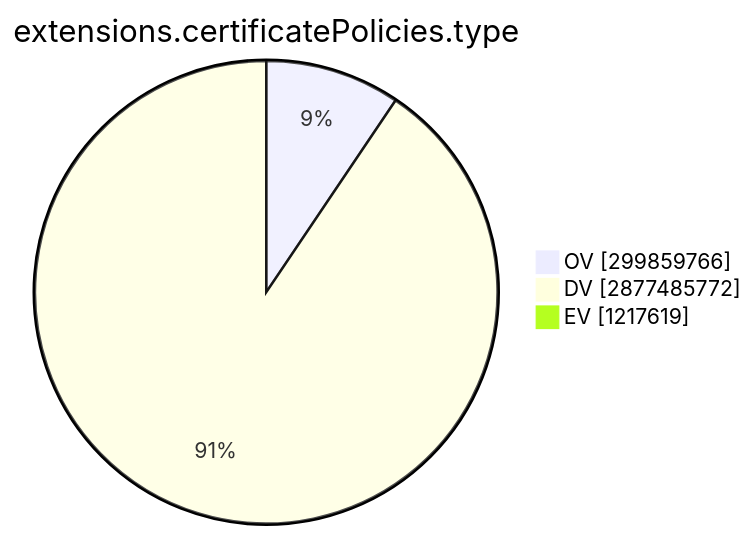
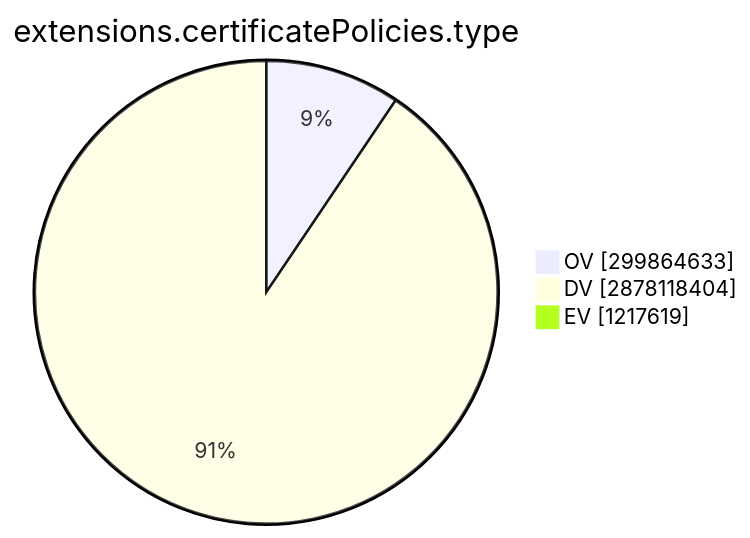
Before and after one commit to christiankrug/ctmonitor_visualization: the ninth of 15 diagrams in TOTAL/README.md, drawn with Mermaid. The commit also changed other lines of this file, not shown here.

````diff
--- a/TOTAL/README.md
+++ b/TOTAL/README.md
@@ -3101,7 +3101,7 @@
 ```mermaid
 pie showData
 title extensions.certificatePolicies.type
-"OV" :299859766
-"DV" :2877485772
+"OV" :299864633
+"DV" :2878118404
 "EV" :1217619
 ```
````
